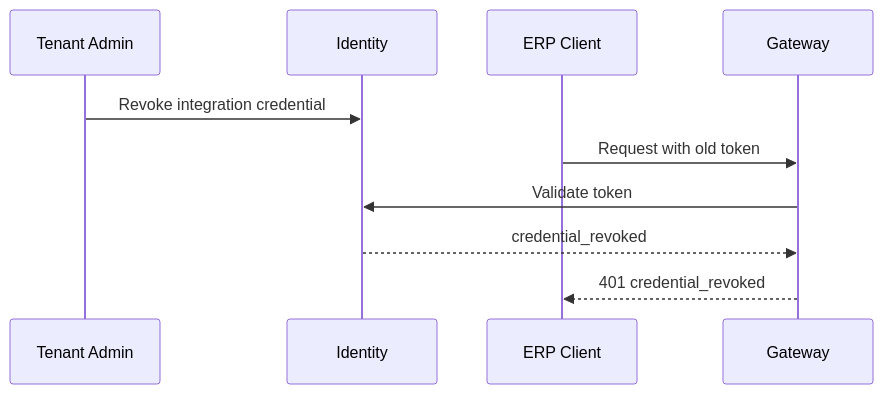
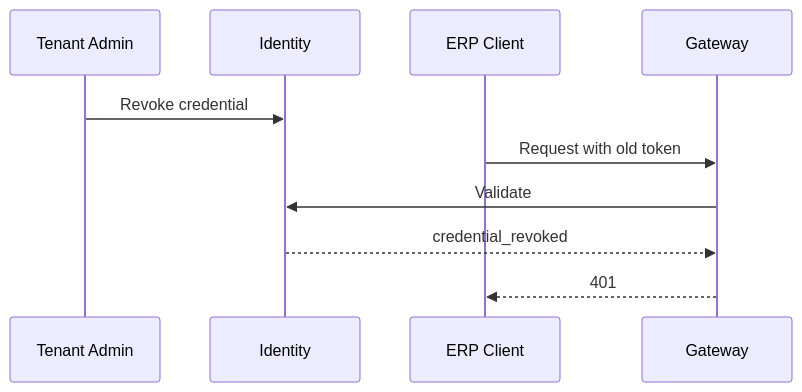
One commit to f9999737292-bit/Freihgt-platform changed the eighth of 10 diagrams in docs/rfx-v3/implementation/RFX_V3_0E7_ERP_API_DIAGRAMS.md. Above: the diagram before and after it, drawn with Mermaid. The commit also changed other lines of this file and 7 other files, not shown here.

Commit message:
docs(rfx): remediate ERP API architecture review findings

````diff
--- a/docs/rfx-v3/implementation/RFX_V3_0E7_ERP_API_DIAGRAMS.md
+++ b/docs/rfx-v3/implementation/RFX_V3_0E7_ERP_API_DIAGRAMS.md
@@ -170,13 +167,13 @@
 ```mermaid
 sequenceDiagram
     participant Admin as Tenant Admin
     participant ID as Identity
     participant ERP as ERP Client
     participant GW as Gateway
 
-    Admin->>ID: Revoke integration credential
+    Admin->>ID: Revoke credential
     ERP->>GW: Request with old token
-    GW->>ID: Validate token
+    GW->>ID: Validate
     ID-->>GW: credential_revoked
-    GW-->>ERP: 401 credential_revoked
+    GW-->>ERP: 401
 ```
````
